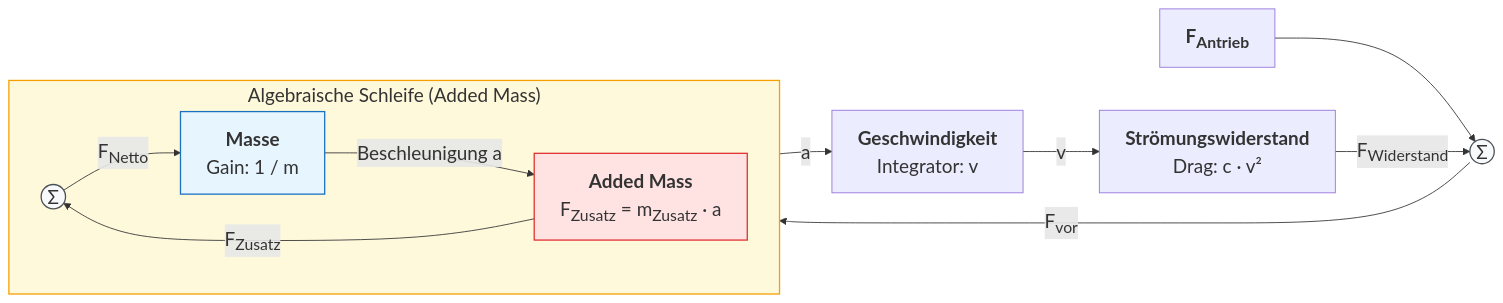
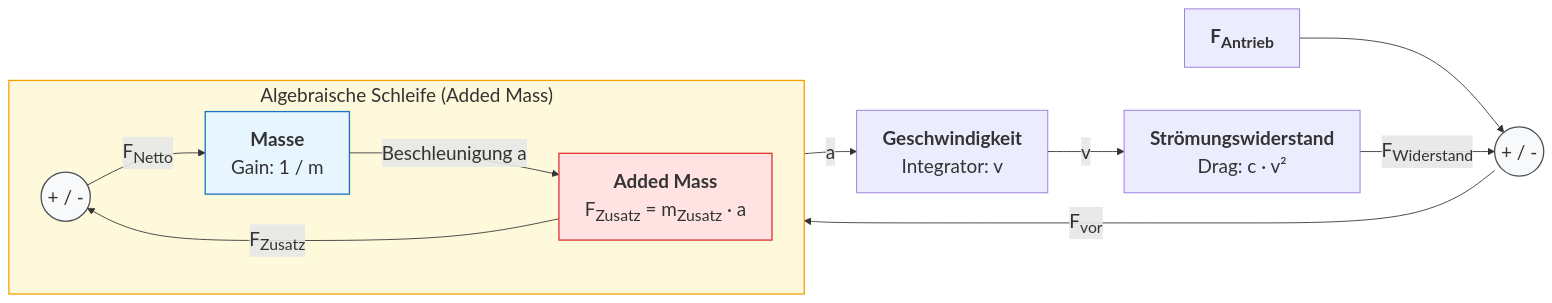
Before and after one commit to ghackenberg/kurs-computer-simulation: the diagram in Folien/08_Dynamische_Modelle_Kontinuierlich/Diagramme/Algebraische_Schleife_Mechanik.mmd, drawn with Mermaid. The commit also changed 8 other files, not shown here.

Commit message:
fix(graphics): behebe verbleibende SVG-Maengel und haerte SVG-Auditor

```diff
--- a/Folien/08_Dynamische_Modelle_Kontinuierlich/Diagramme/Algebraische_Schleife_Mechanik.mmd
+++ b/Folien/08_Dynamische_Modelle_Kontinuierlich/Diagramme/Algebraische_Schleife_Mechanik.mmd
@@ -1,21 +1,21 @@
 %%{init: {'themeVariables': {'fontSize': '22px', 'edgeLabelFontSize': '18px', 'subGraphTitleFontSize': '20px'}}}%%
 flowchart LR
-    F_ext["<b>F<sub>Antrieb</sub></b>"] --> S1(( &Sigma; ))
+    F_ext["<b>F<sub>Antrieb</sub></b>"] --> S1(( + / - ))
     Drag["<b>Strömungswiderstand</b><br/>Drag: c · v²"] -->|"F<sub>Widerstand</sub>"| S1
-    S1 -->|"F<sub>vor</sub>"| S2(( &Sigma; ))
+    S1 -->|"F<sub>vor</sub>"| S2(( + / - ))
     
     subgraph Loop ["Algebraische Schleife (Added Mass)"]
         direction LR
         S2 -->|"F<sub>Netto</sub>"| G1["<b>Masse</b><br/>Gain: 1 / m"]
         G1 -->|"Beschleunigung a"| AM["<b>Added Mass</b><br/>F<sub>Zusatz</sub> = m<sub>Zusatz</sub> · a"]
         AM -->|"F<sub>Zusatz</sub>"| S2
     end
     
     G1 -->|"a"| Iv["<b>Geschwindigkeit</b><br/>Integrator: v"]
     Iv -->|"v"| Drag
 
     style Loop fill:#fff9db,stroke:#f59f00,stroke-width:1.5px
     style AM fill:#ffe3e3,stroke:#e03131,stroke-width:1.5px
     style G1 fill:#e7f5ff,stroke:#1971c2,stroke-width:1.5px
     style S1 fill:#f8f9fa,stroke:#495057,stroke-width:1.5px
     style S2 fill:#f8f9fa,stroke:#495057,stroke-width:1.5px
```
